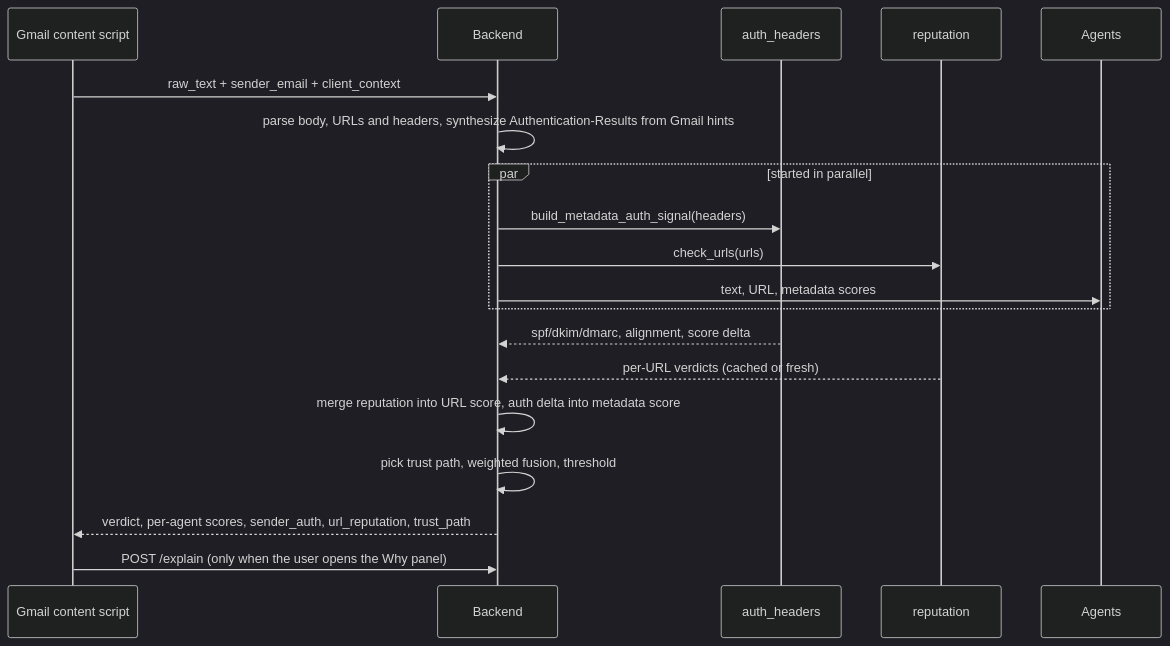
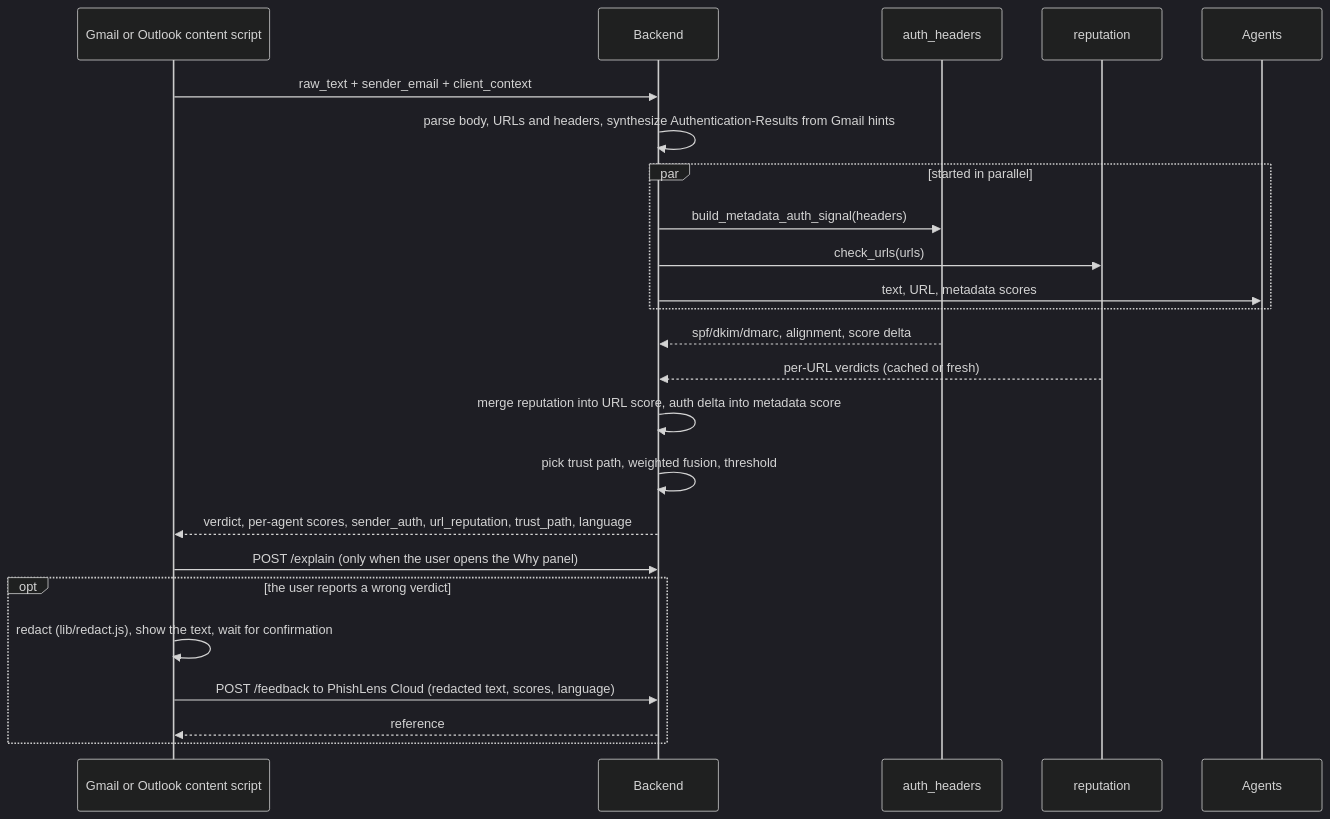
One commit to AnzouK/PhishLens changed the second of 4 diagrams in docs/architecture.md. Above: the diagram before and after it, drawn with Mermaid (dark theme). The commit also changed other lines of this file and 5 other files, not shown here.

Commit message:
docs: how the multilingual text model was built and measured; diagrams for language detection and reports

````diff
--- a/docs/architecture.md
+++ b/docs/architecture.md
@@ -74,22 +80,27 @@
 ```mermaid
 sequenceDiagram
-    participant G as Gmail content script
+    participant G as Gmail or Outlook content script
     participant B as Backend
     participant A as auth_headers
     participant R as reputation
     participant M as Agents
 
     G->>B: raw_text + sender_email + client_context
     B->>B: parse body, URLs and headers, synthesize Authentication-Results from Gmail hints
     par started in parallel
         B->>A: build_metadata_auth_signal(headers)
         B->>R: check_urls(urls)
         B->>M: text, URL, metadata scores
     end
     A-->>B: spf/dkim/dmarc, alignment, score delta
     R-->>B: per-URL verdicts (cached or fresh)
     B->>B: merge reputation into URL score, auth delta into metadata score
     B->>B: pick trust path, weighted fusion, threshold
-    B-->>G: verdict, per-agent scores, sender_auth, url_reputation, trust_path
+    B-->>G: verdict, per-agent scores, sender_auth, url_reputation, trust_path, language
     G->>B: POST /explain (only when the user opens the Why panel)
+    opt the user reports a wrong verdict
+        G->>G: redact (lib/redact.js), show the text, wait for confirmation
+        G->>B: POST /feedback to PhishLens Cloud (redacted text, scores, language)
+        B-->>G: reference
+    end
 ```
````
